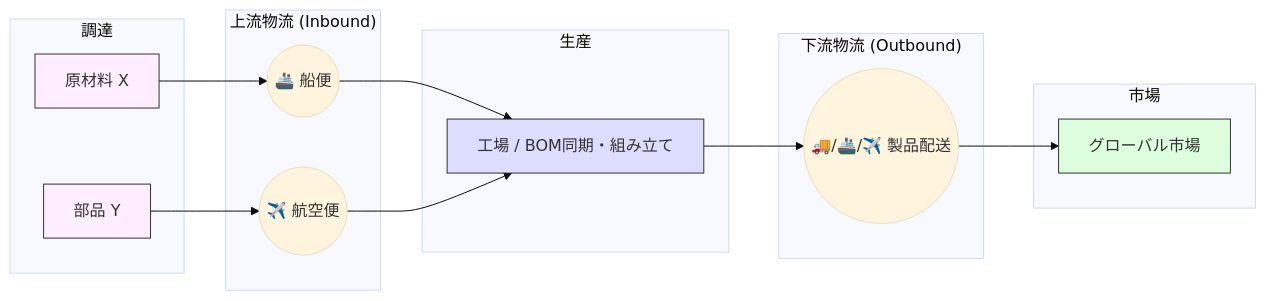
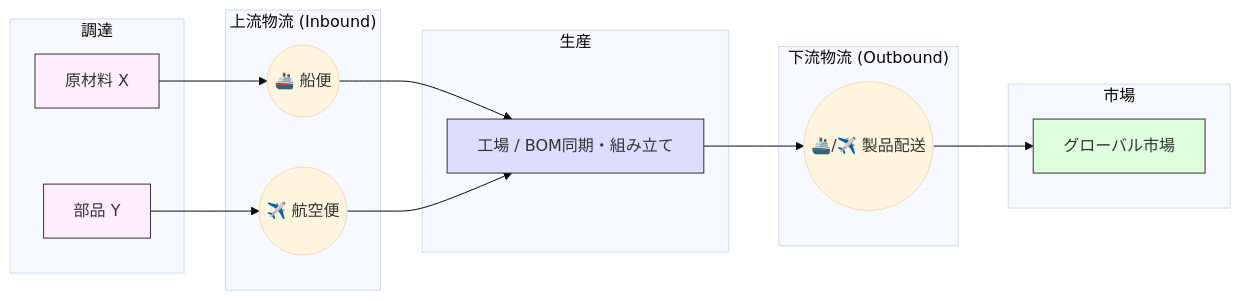
One commit to miumigy/gsctycn changed the first of 3 diagrams in README_JP.md. Above: the diagram before and after it, drawn with Mermaid (base theme). The commit also changed 1 other file, not shown here.

Commit message:
docs: remove truck from outbound logistics in Mermaid diagrams

````diff
--- a/README_JP.md
+++ b/README_JP.md
@@ -14,36 +14,36 @@
 ```mermaid
 graph LR
     subgraph Sourcing ["調達"]
         RM[原材料 X]
         PT[部品 Y]
     end
 
     subgraph Inbound ["上流物流 (Inbound)"]
         Air((✈️ 航空便))
         Sea((🚢 船便))
     end
 
     subgraph Production ["生産"]
         Fact[工場 / BOM同期・組み立て]
     end
 
     subgraph Outbound ["下流物流 (Outbound)"]
-        Delivery((🚚/🚢/✈️ 製品配送))
+        Delivery((🚢/✈️ 製品配送))
     end
 
     subgraph Distribution ["市場"]
         Mkt[グローバル市場]
     end
 
     RM --> Sea
     PT --> Air
     Sea --> Fact
     Air --> Fact
     Fact --> Delivery
     Delivery --> Mkt
 
     style RM fill:#fef,stroke:#333
     style PT fill:#fef,stroke:#333
     style Fact fill:#ddf,stroke:#333
     style Mkt fill:#dfd,stroke:#333
 ```
````
